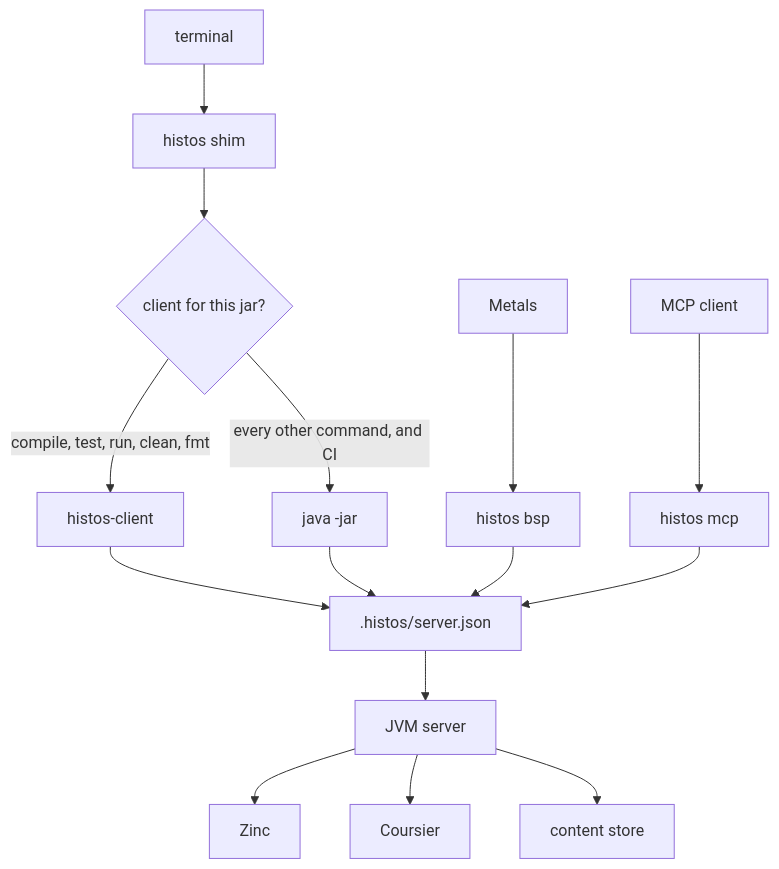
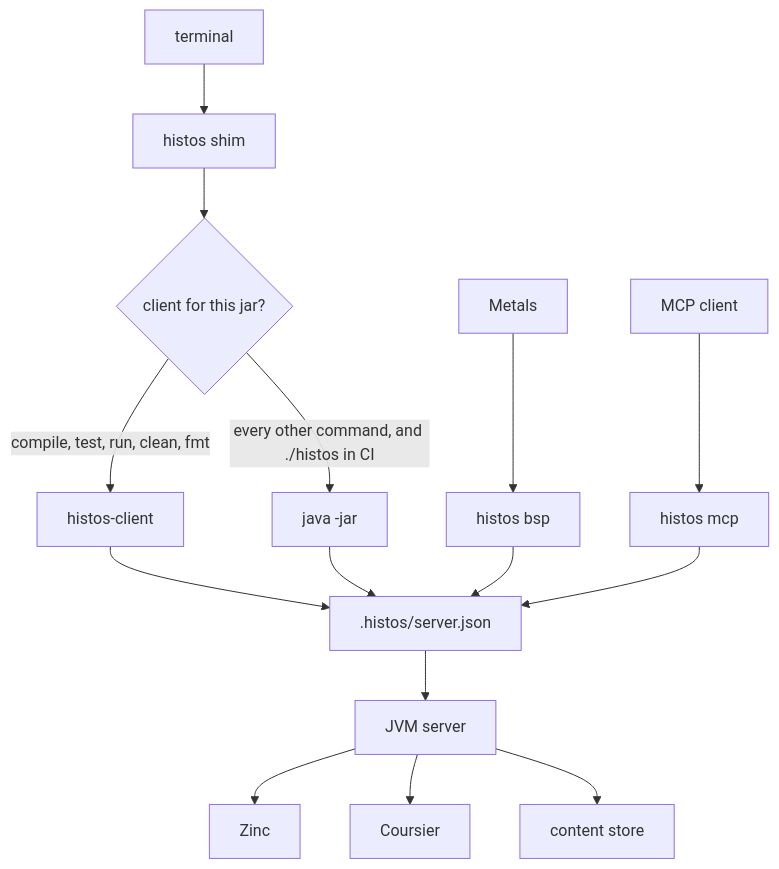
Before and after one commit to early-effect/histos: the diagram in README.md, drawn with Mermaid. The commit also changed other lines of this file and 23 other files, not shown here.

First line of the commit message:
Name a verify task on the root graph and repair from the caller. (#238)

````diff
--- a/README.md
+++ b/README.md
@@ -5,17 +5,17 @@
 ```mermaid
 flowchart TD
   person[terminal] --> shim[histos shim]
   metals[Metals] --> bsp["histos bsp"]
   agent[MCP client] --> mcp["histos mcp"]
   shim --> pick{client for this jar?}
   pick -->|compile, test, run, clean, fmt| native[histos-client]
-  pick -->|every other command, and CI| jar["java -jar"]
+  pick -->|every other command, and ./histos in CI| jar["java -jar"]
   native --> record[".histos/server.json"]
   jar --> record
   bsp --> record
   mcp --> record
   record --> jvm[JVM server]
   jvm --> zinc[Zinc]
   jvm --> coursier[Coursier]
   jvm --> store[content store]
 ```
````
